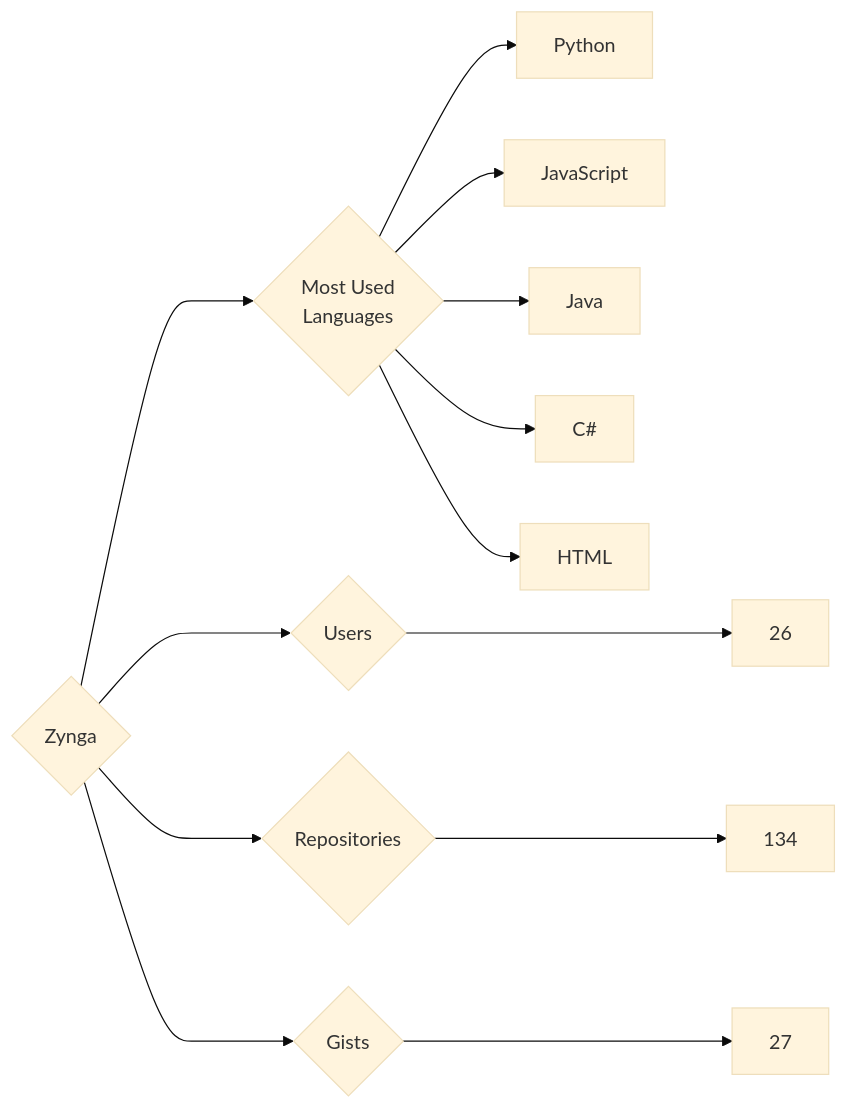
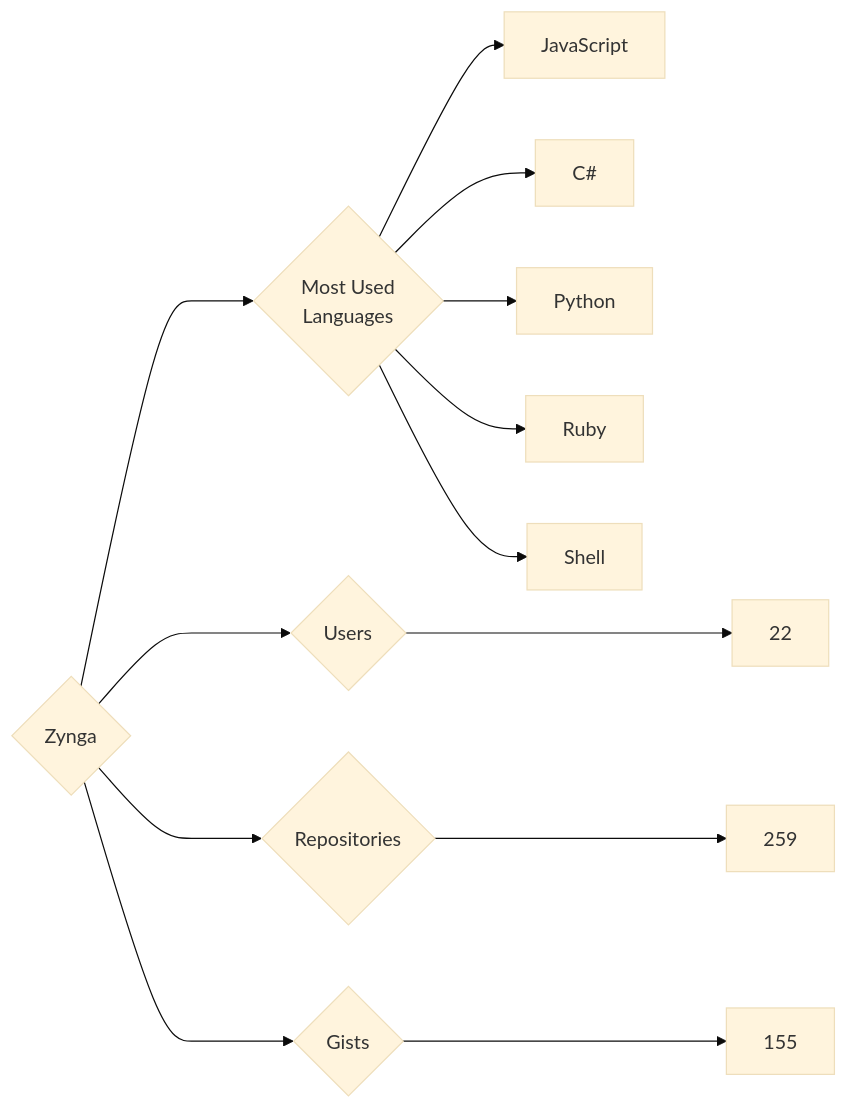
The diagram in targets/Zynga/README.md (trickest/insiders), drawn with Mermaid (base theme) before and after one commit. The commit also changed 787 other files, not shown here.

````diff
--- a/targets/Zynga/README.md
+++ b/targets/Zynga/README.md
@@ -3,13 +3,13 @@
 ```mermaid
 graph LR
 COMPANY_NAME{Zynga}
-COMPANY_NAME ---> U{Users} ---> UN[26]
-COMPANY_NAME ---> R{Repositories} ---> RN[134]
-COMPANY_NAME ---> G{Gists} ---> GN[27]
+COMPANY_NAME ---> U{Users} ---> UN[22]
+COMPANY_NAME ---> R{Repositories} ---> RN[259]
+COMPANY_NAME ---> G{Gists} ---> GN[155]
 COMPANY_NAME ---> ML{Most Used<br>Languages}
+ML --> JavaScript[JavaScript]
+ML --> C#[C#]
 ML --> Python[Python]
-ML --> JavaScript[JavaScript]
-ML --> Java[Java]
-ML --> C#[C#]
-ML --> HTML[HTML]
+ML --> Ruby[Ruby]
+ML --> Shell[Shell]
 ```
````
